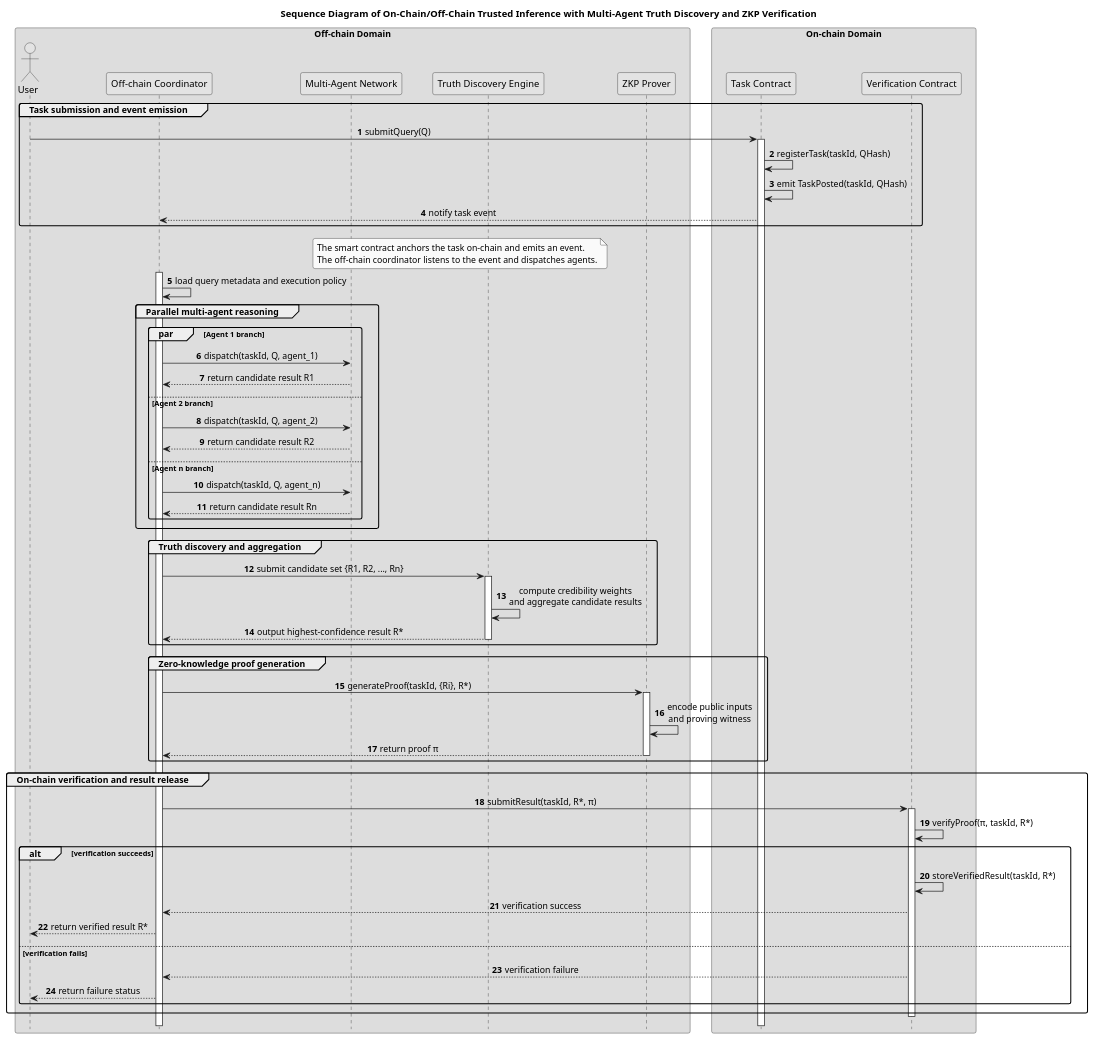
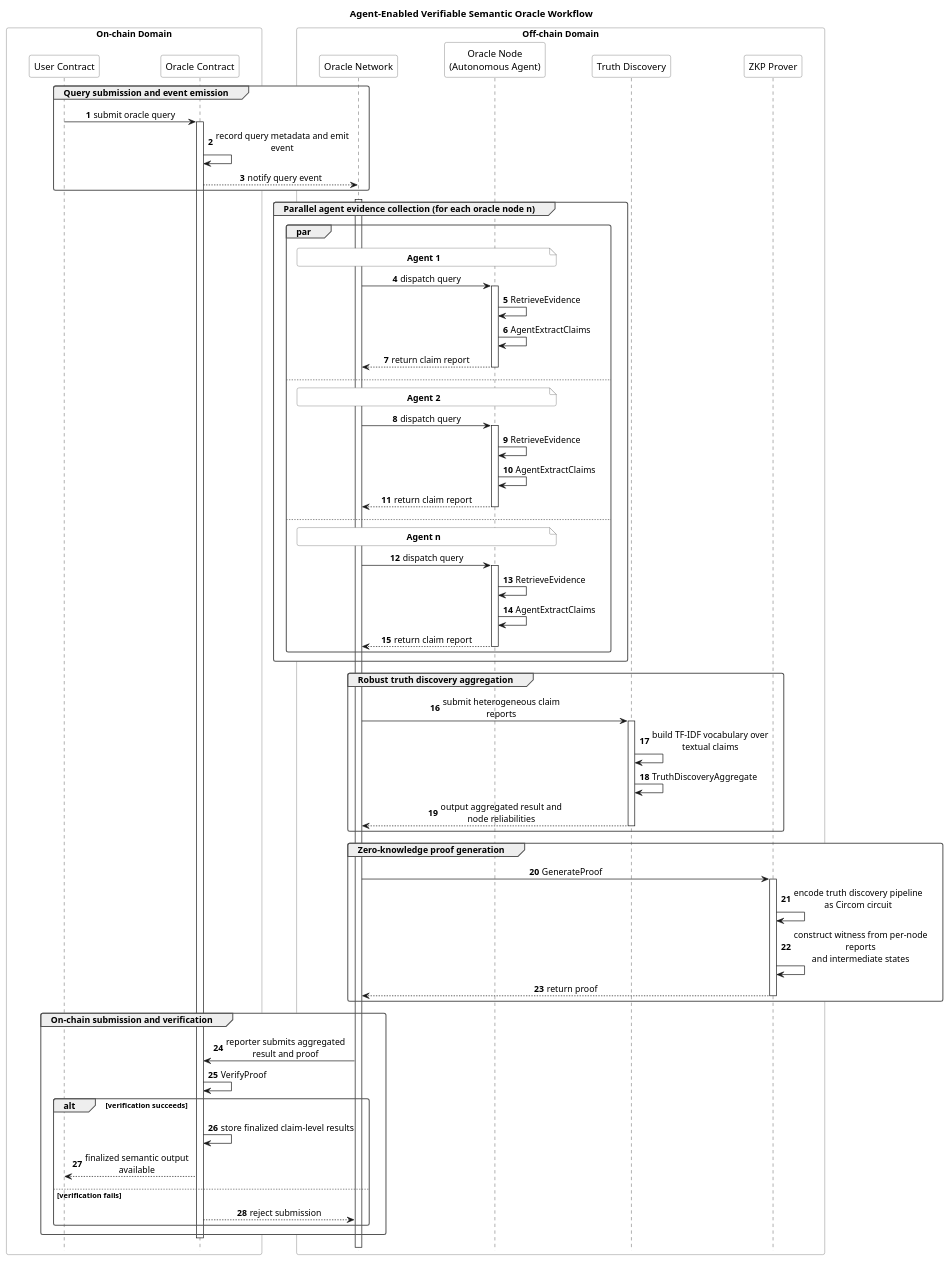
Before and after one commit to koitoyuu3/TruthFinder: the diagram in decentralized_truth_discovery/result/figures/流程图.puml, drawn with PlantUML. The commit also changed 32 other files, not shown here.

```diff
--- a/decentralized_truth_discovery/result/figures/流程图.puml
+++ b/decentralized_truth_discovery/result/figures/流程图.puml
@@ -1,93 +1,108 @@
 @startuml
 !pragma teoz true
 
-title Sequence Diagram of On-Chain/Off-Chain Trusted Inference with Multi-Agent Truth Discovery and ZKP Verification
+title Agent-Enabled Verifiable Semantic Oracle Workflow
 
 hide footbox
 autonumber
 
-skinparam monochrome true
+skinparam backgroundColor white
 skinparam shadowing false
 skinparam sequenceMessageAlign center
 skinparam responseMessageBelowArrow true
-skinparam ParticipantPadding 18
-skinparam BoxPadding 10
+skinparam ParticipantPadding 30
+skinparam BoxPadding 12
 skinparam ArrowThickness 1
 skinparam RoundCorner 6
+skinparam SequenceBoxBackgroundColor white
+skinparam SequenceBoxBorderColor #555555
+skinparam SequenceGroupBodyBackgroundColor white
+skinparam SequenceGroupBorderColor #555555
+skinparam ParticipantBackgroundColor white
+skinparam ParticipantBorderColor #555555
+skinparam NoteBackgroundColor white
+skinparam NoteBorderColor #555555
+skinparam SequenceMessageAlignment center
+skinparam MaxMessageSize 200
+
+box "On-chain Domain"
+participant "User Contract" as UC
+participant "Oracle Contract" as OC
+end box
 
 box "Off-chain Domain"
-actor User
-participant "Off-chain Coordinator" as Coord
-participant "Multi-Agent Network" as Agents
-participant "Truth Discovery Engine" as TD
+participant "Oracle Network" as Network
+participant "Oracle Node\n(Autonomous Agent)" as Agent
+participant "Truth Discovery" as TD
 participant "ZKP Prover" as Prover
 end box
 
-box "On-chain Domain"
-participant "Task Contract" as Task
-participant "Verification Contract" as Verifier
-end box
-
-group Task submission and event emission
-User -> Task : submitQuery(Q)
-activate Task
-Task -> Task : registerTask(taskId, QHash)
-Task -> Task : emit TaskPosted(taskId, QHash)
-Task --> Coord : notify task event
+group Query submission and event emission
+UC -> OC : submit oracle query
+activate OC
+OC -> OC : record query metadata and emit event
+OC --> Network : notify query event
 end
 
-note over Task, Coord
-The smart contract anchors the task on-chain and emits an event.
-The off-chain coordinator listens to the event and dispatches agents.
-end note
+activate Network
 
-activate Coord
-Coord -> Coord : load query metadata and execution policy
-
-group Parallel multi-agent reasoning
-par Agent 1 branch
-Coord -> Agents : dispatch(taskId, Q, agent_1)
-Agents --> Coord : return candidate result R1
-else Agent 2 branch
-Coord -> Agents : dispatch(taskId, Q, agent_2)
-Agents --> Coord : return candidate result R2
-else Agent n branch
-Coord -> Agents : dispatch(taskId, Q, agent_n)
-Agents --> Coord : return candidate result Rn
+group Parallel agent evidence collection (for each oracle node n)
+par
+note over Network, Agent #FFFFFF: **Agent 1**
+Network -> Agent : dispatch query
+activate Agent
+Agent -> Agent : RetrieveEvidence
+Agent -> Agent : AgentExtractClaims
+Agent --> Network : return claim report
+deactivate Agent
+else
+note over Network, Agent #FFFFFF: **Agent 2**
+Network -> Agent : dispatch query
+activate Agent
+Agent -> Agent : RetrieveEvidence
+Agent -> Agent : AgentExtractClaims
+Agent --> Network : return claim report
+deactivate Agent
+else
+note over Network, Agent #FFFFFF: **Agent n**
+Network -> Agent : dispatch query
+activate Agent
+Agent -> Agent : RetrieveEvidence
+Agent -> Agent : AgentExtractClaims
+Agent --> Network : return claim report
+deactivate Agent
 end
 end
 
-group Truth discovery and aggregation
-Coord -> TD : submit candidate set {R1, R2, ..., Rn}
+group Robust truth discovery aggregation
+Network -> TD : submit heterogeneous claim reports
 activate TD
-TD -> TD : compute credibility weights\nand aggregate candidate results
-TD --> Coord : output highest-confidence result R*
+TD -> TD : build TF-IDF vocabulary over textual claims
+TD -> TD : TruthDiscoveryAggregate
+TD --> Network : output aggregated result and node reliabilities
 deactivate TD
 end
 
 group Zero-knowledge proof generation
-Coord -> Prover : generateProof(taskId, {Ri}, R*)
+Network -> Prover : GenerateProof
 activate Prover
-Prover -> Prover : encode public inputs\nand proving witness
-Prover --> Coord : return proof π
+Prover -> Prover : encode truth discovery pipeline as Circom circuit
+Prover -> Prover : construct witness from per-node reports\nand intermediate states
+Prover --> Network : return proof
 deactivate Prover
 end
 
-group On-chain verification and result release
-Coord -> Verifier : submitResult(taskId, R*, π)
-activate Verifier
-Verifier -> Verifier : verifyProof(π, taskId, R*)
+group On-chain submission and verification
+Network -> OC : reporter submits aggregated result and proof
+OC -> OC : VerifyProof
 alt verification succeeds
-Verifier -> Verifier : storeVerifiedResult(taskId, R*)
-Verifier --> Coord : verification success
-Coord --> User : return verified result R*
+OC -> OC : store finalized claim-level results
+OC --> UC : finalized semantic output available
 else verification fails
-Verifier --> Coord : verification failure
-Coord --> User : return failure status
+OC --> Network : reject submission
 end
-deactivate Verifier
+deactivate OC
 end
 
-deactivate Coord
-deactivate Task
+deactivate Network
 @enduml
```
